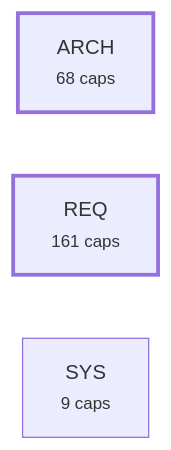
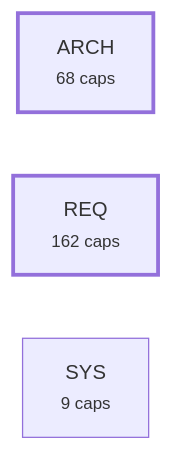
The fourth of 5 diagrams in plugin/requirements/_map.md (alxmax/Requirement-manager), drawn with Mermaid before and after one commit. The commit also changed other lines of this file and 40 other files, not shown here.

````diff
--- a/plugin/requirements/_map.md
+++ b/plugin/requirements/_map.md
@@ -951,8 +954,8 @@
 ```mermaid
 graph LR
   a_ARCH["ARCH<br><small>68 caps</small>"]
-  a_REQ["REQ<br><small>161 caps</small>"]
+  a_REQ["REQ<br><small>162 caps</small>"]
   a_SYS["SYS<br><small>9 caps</small>"]
   style a_ARCH stroke-width:3px
   style a_REQ stroke-width:3px
 ```
````
